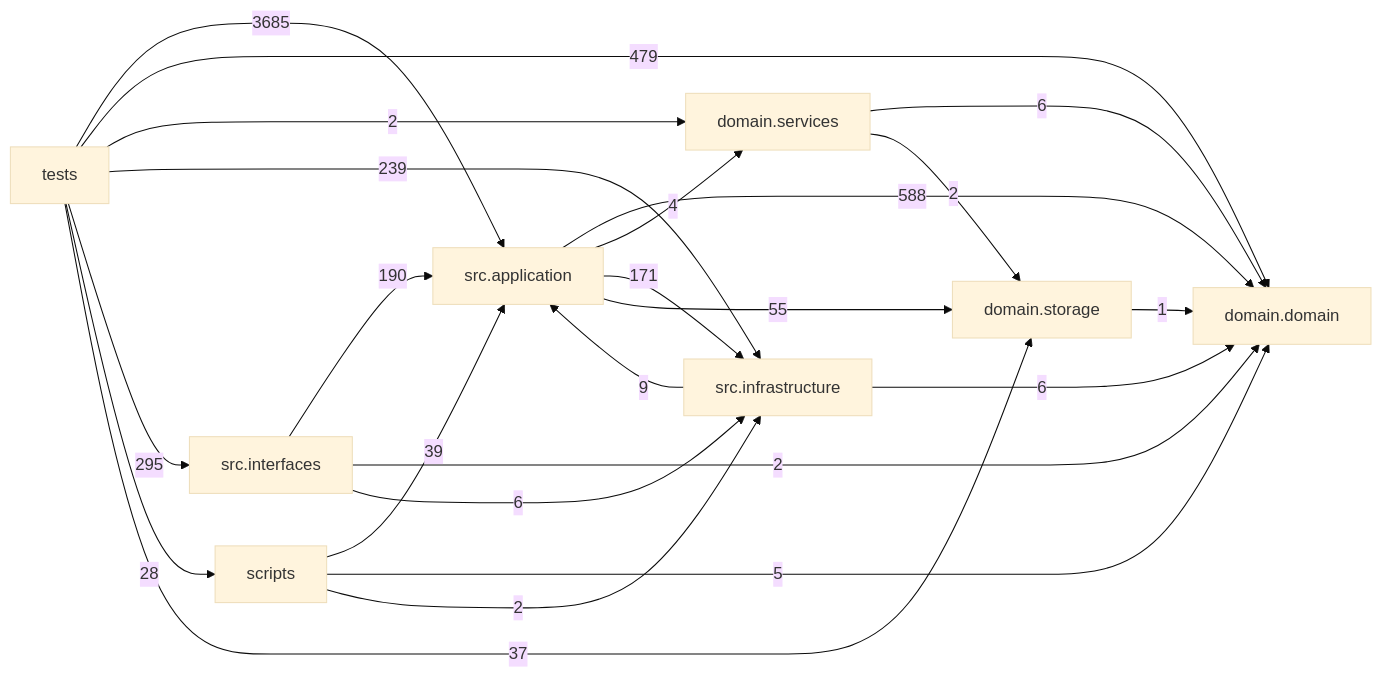
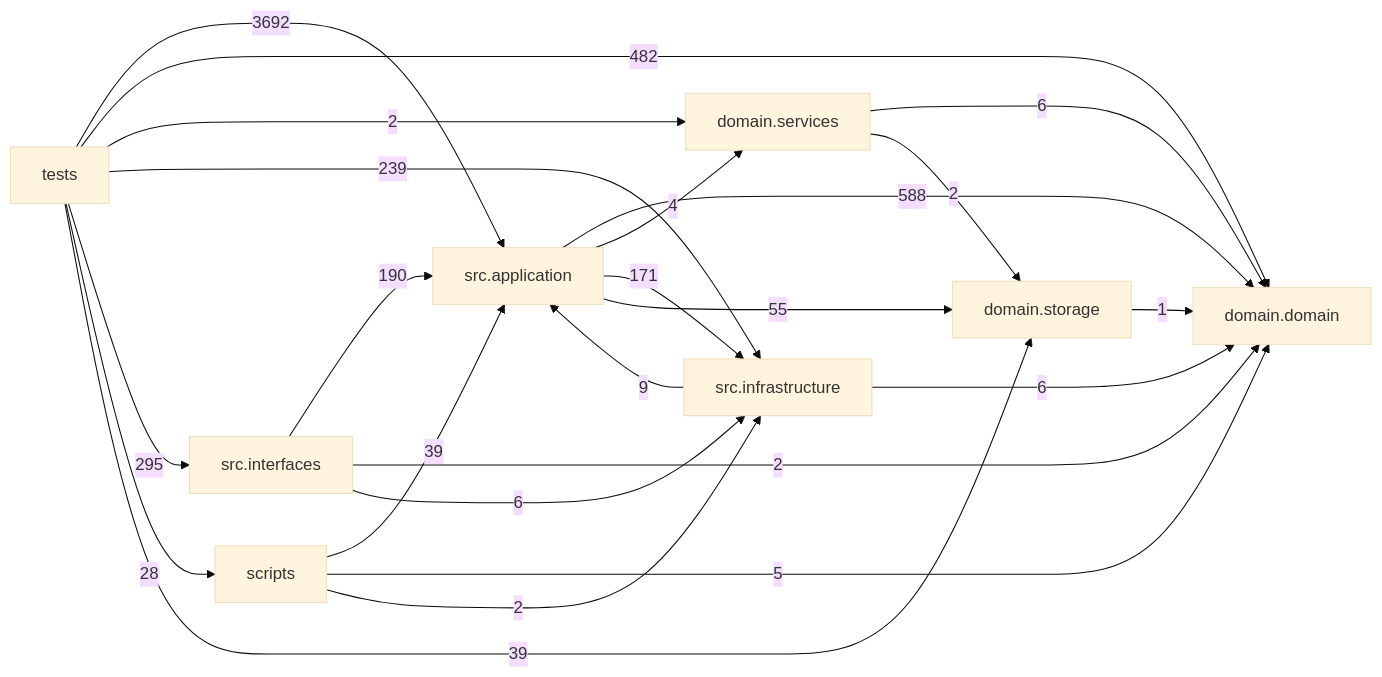
Before and after one commit to liuxie066/options-monitor: the diagram in docs/DEPENDENCY_GRAPH.md, drawn with Mermaid (base theme). The commit also changed other lines of this file and 3 other files, not shown here.

````diff
--- a/docs/DEPENDENCY_GRAPH.md
+++ b/docs/DEPENDENCY_GRAPH.md
@@ -24,33 +24,33 @@
 ```mermaid
 flowchart LR
   tests["tests"]
   scripts["scripts"]
   interfaces["src.interfaces"]
   application["src.application"]
   infrastructure["src.infrastructure"]
   domain_services["domain.services"]
   domain["domain.domain"]
   storage["domain.storage"]
   application -->|588| domain
   application -->|4| domain_services
   application -->|171| infrastructure
   application -->|55| storage
   domain_services -->|6| domain
   domain_services -->|2| storage
   infrastructure -->|9| application
   infrastructure -->|6| domain
   interfaces -->|190| application
   interfaces -->|2| domain
   interfaces -->|6| infrastructure
   scripts -->|39| application
   scripts -->|5| domain
   scripts -->|2| infrastructure
   storage -->|1| domain
-  tests -->|3685| application
-  tests -->|479| domain
+  tests -->|3692| application
+  tests -->|482| domain
   tests -->|2| domain_services
   tests -->|239| infrastructure
   tests -->|295| interfaces
   tests -->|28| scripts
-  tests -->|37| storage
+  tests -->|39| storage
 ```
````
